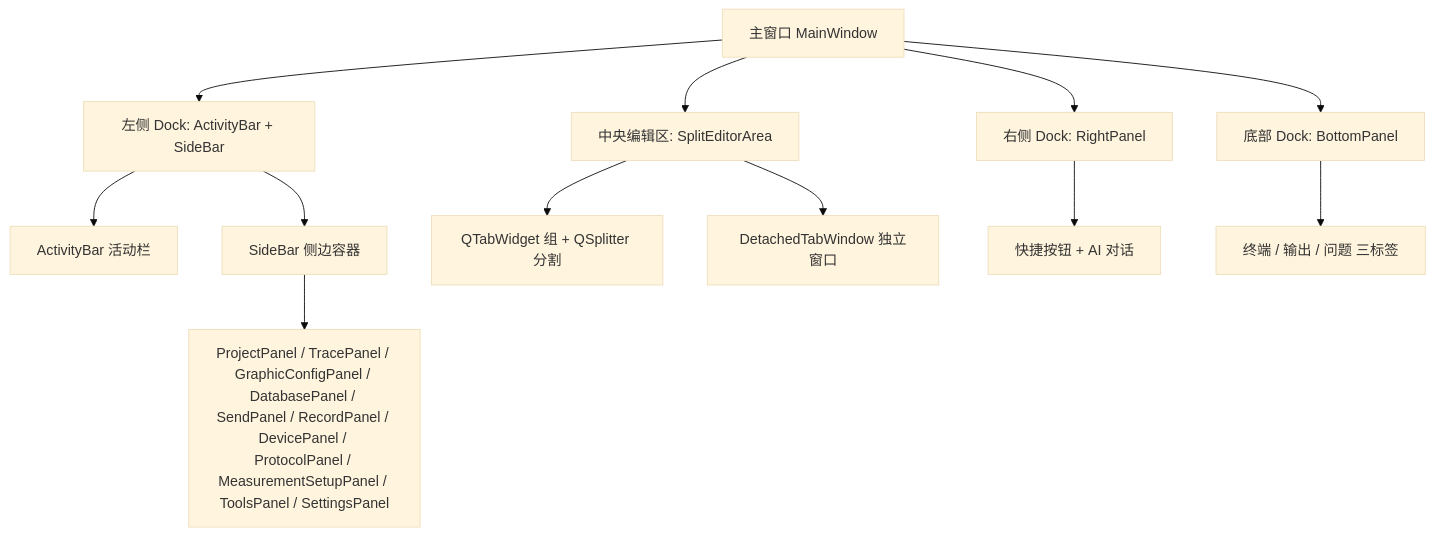
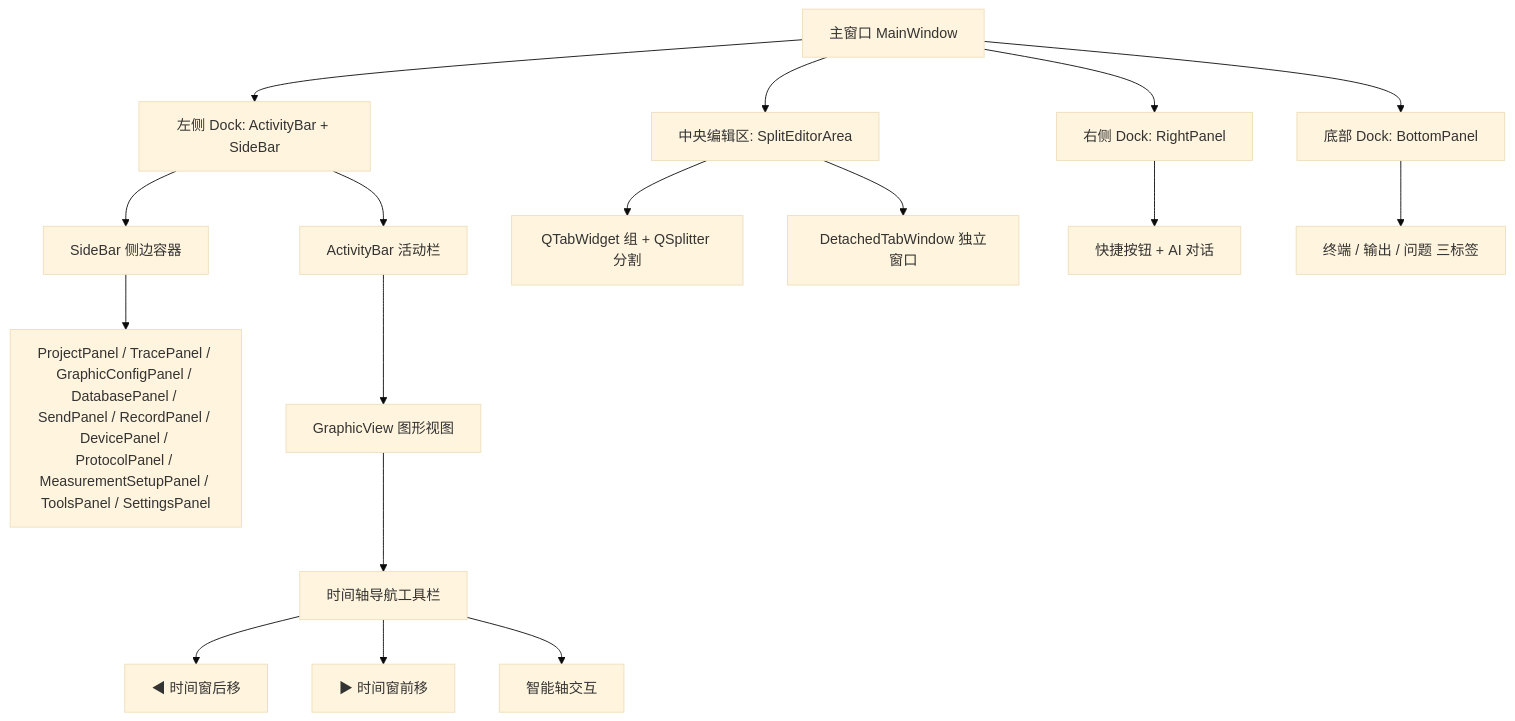
One commit to jakecai1225-design/OpenBus changed the first of 7 diagrams in .qoder/repowiki/zh/content/架构设计/UI系统设计/工具栏系统.md. Above: the diagram before and after it, drawn with Mermaid (base theme). The commit also changed other lines of this file and 13 other files, not shown here.

Commit message:
graphic 插件方案

````diff
--- a/.qoder/repowiki/zh/content/架构设计/UI系统设计/工具栏系统.md
+++ b/.qoder/repowiki/zh/content/架构设计/UI系统设计/工具栏系统.md
@@ -62,14 +66,19 @@
 ```mermaid
 graph TB
 A["主窗口 MainWindow"] --> B["左侧 Dock: ActivityBar + SideBar"]
 A --> C["中央编辑区: SplitEditorArea"]
 A --> D["右侧 Dock: RightPanel"]
 A --> E["底部 Dock: BottomPanel"]
 B --> F["ActivityBar 活动栏"]
 B --> G["SideBar 侧边容器"]
 G --> H["ProjectPanel / TracePanel / GraphicConfigPanel / DatabasePanel / SendPanel / RecordPanel / DevicePanel / ProtocolPanel / MeasurementSetupPanel / ToolsPanel / SettingsPanel"]
 C --> I["QTabWidget 组 + QSplitter 分割"]
 C --> J["DetachedTabWindow 独立窗口"]
 D --> K["快捷按钮 + AI 对话"]
 E --> L["终端 / 输出 / 问题 三标签"]
+F --> M["GraphicView 图形视图"]
+M --> N["时间轴导航工具栏"]
+N --> O["◀ 时间窗后移"]
+N --> P["▶ 时间窗前移"]
+N --> Q["智能轴交互"]
 ```
````
